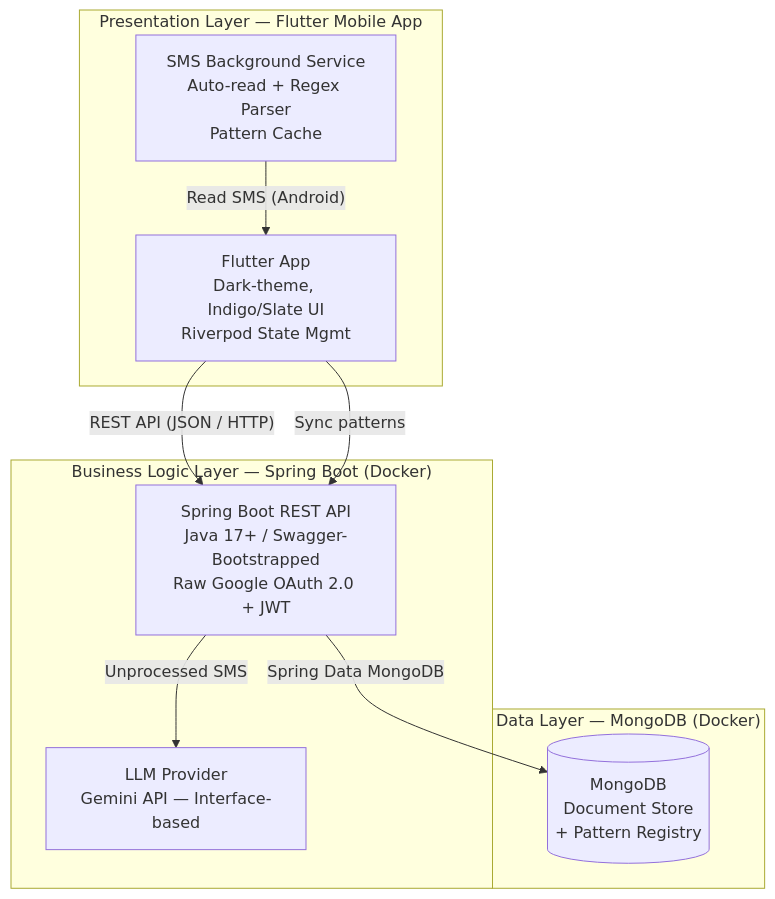
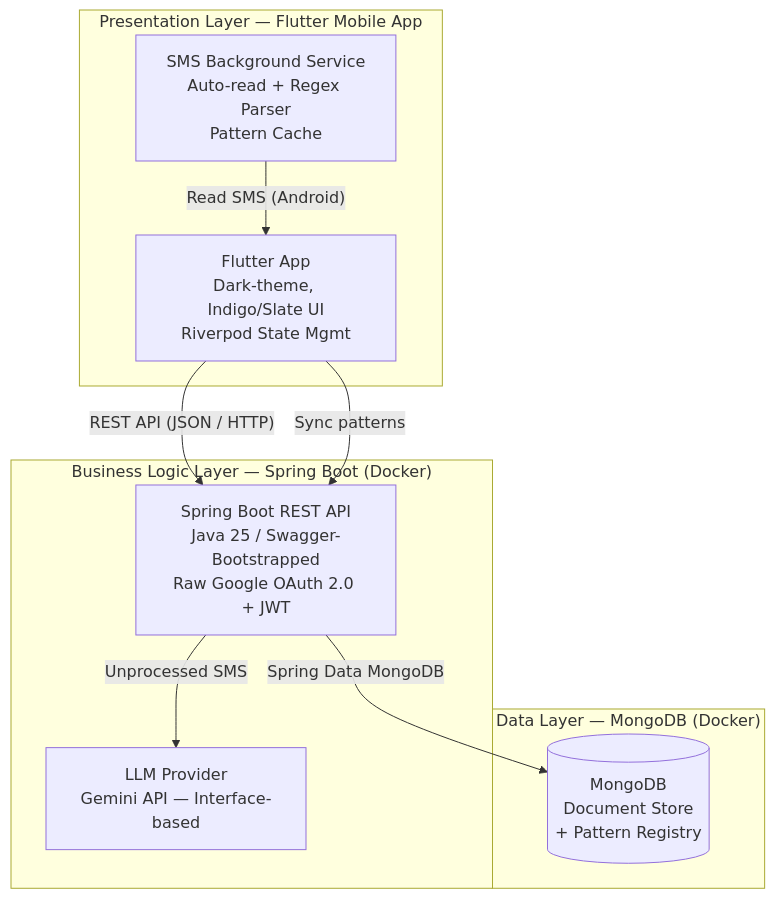
The first of 3 diagrams in plans/development_plan.md (jayy2kok/budgetly), drawn with Mermaid before and after one commit. The commit also changed other lines of this file and 12 other files, not shown here.

First line of the commit message:
feat(backend): upgrade runtime to Java 25 and Spring Boot 4.1.2

````diff
--- a/plans/development_plan.md
+++ b/plans/development_plan.md
@@ -9,22 +9,22 @@
 ```mermaid
 graph TB
     subgraph "Presentation Layer — Flutter Mobile App"
         A[Flutter App<br/>Dark-theme, Indigo/Slate UI<br/>Riverpod State Mgmt]
         S[SMS Background Service<br/>Auto-read + Regex Parser<br/>Pattern Cache]
     end
 
     subgraph "Business Logic Layer — Spring Boot (Docker)"
-        B[Spring Boot REST API<br/>Java 17+ / Swagger-Bootstrapped<br/>Raw Google OAuth 2.0 + JWT]
+        B[Spring Boot REST API<br/>Java 25 / Swagger-Bootstrapped<br/>Raw Google OAuth 2.0 + JWT]
         L[LLM Provider<br/>Gemini API — Interface-based]
     end
 
     subgraph "Data Layer — MongoDB (Docker)"
         C[(MongoDB<br/>Document Store<br/>+ Pattern Registry)]
     end
 
     S -- "Read SMS (Android)" --> A
     A -- "REST API (JSON / HTTP)" --> B
     A -- "Sync patterns" --> B
     B -- "Unprocessed SMS" --> L
     B -- "Spring Data MongoDB" --> C
 ```
````
